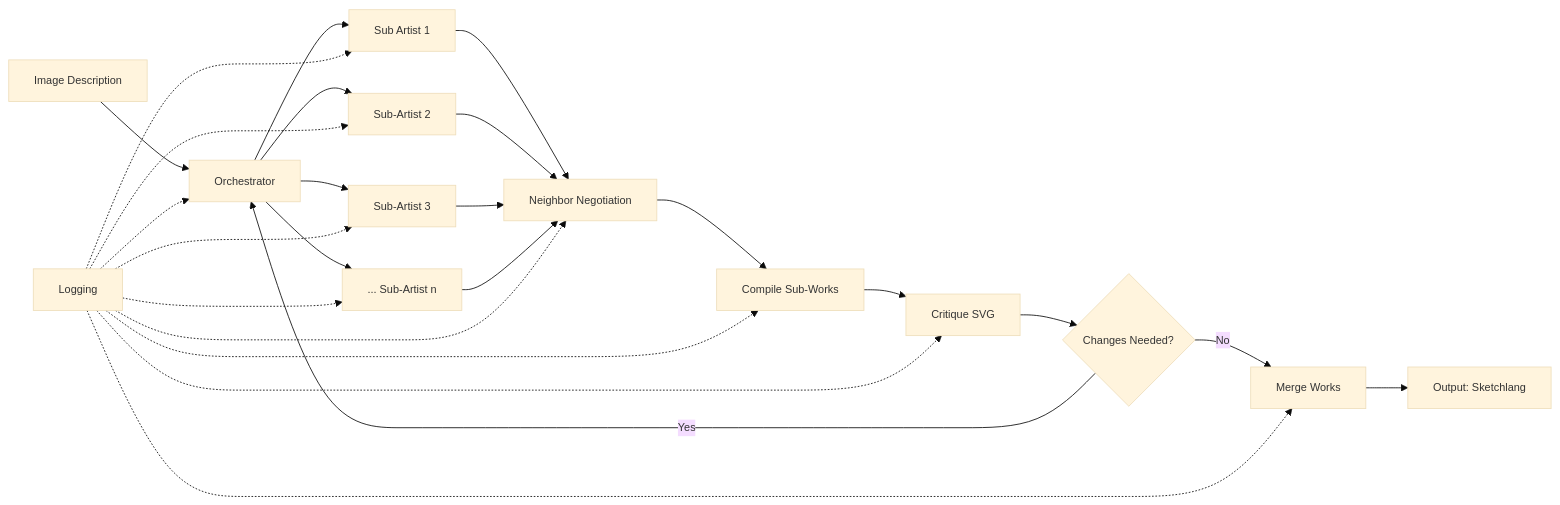
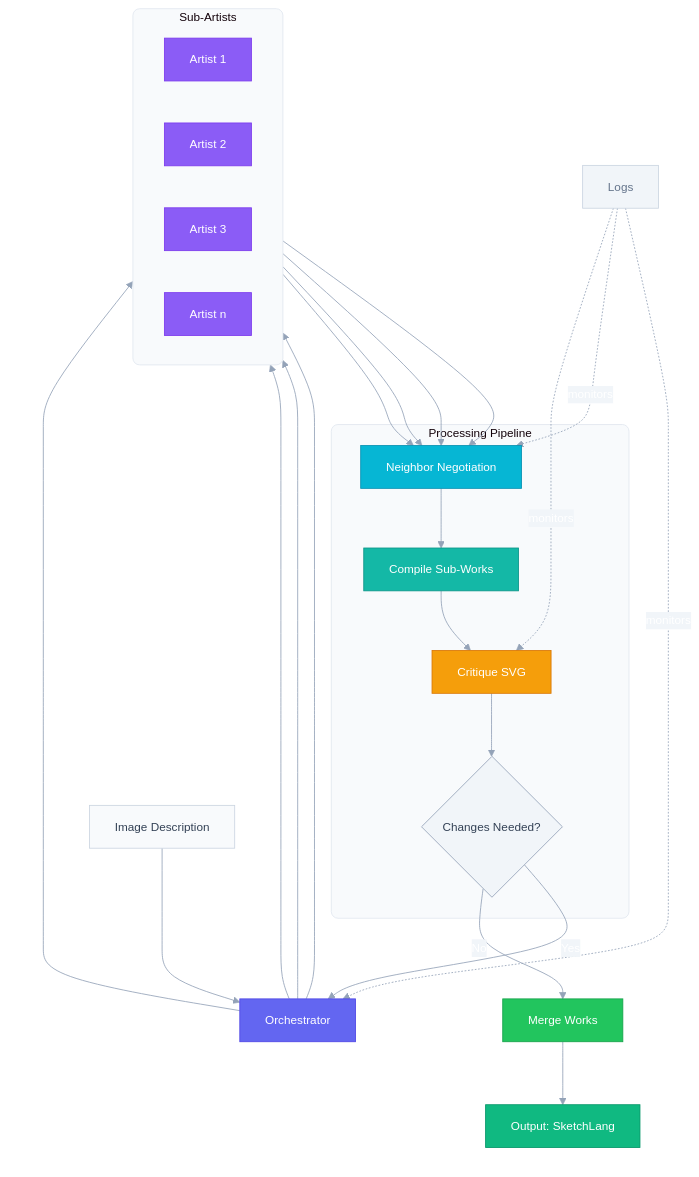
Before and after one commit to TheMaslowsDilemma/sketchthis-studio: the diagram in README.md, drawn with Mermaid.

Commit message:
please look better

````diff
--- a/README.md
+++ b/README.md
@@ -20,20 +20,82 @@
 ```mermaid
-%%{init: {'theme': 'base', 'themeVariables': { 'fontSize': '13px', 'fontFamily': 'Inter'}}}%%
-flowchart LR
-    A[Image Description] --> B[ Orchestrator ]
-    B --> C1[ Sub Artist 1]
-    B --> C2[ Sub-Artist 2 ]
-    B --> C3[ Sub-Artist 3 ]
-    B --> Cn[... Sub-Artist n ]
-    C1 --> D[ Neighbor Negotiation ]
-    C2 --> D
-    C3 --> D
-    Cn --> D
-    D --> E[ Compile Sub-Works ]
-    E --> F[ Critique SVG ]
-    F --> G{ Changes Needed? }
+%%{init: {
+  'theme': 'base',
+  'themeVariables': {
+    'fontSize': '14px',
+    'fontFamily': 'Inter, sans-serif',
+    'primaryColor': '#6366f1',
+    'primaryTextColor': '#ffffff',
+    'primaryBorderColor': '#4f46e5',
+    'secondaryColor': '#f1f5f9',
+    'secondaryTextColor': '#334155',
+    'tertiaryColor': '#ecfdf5',
+    'lineColor': '#94a3b8',
+    'textColor': '#334155'
+  }
+}}%%
+
+flowchart TB
+    subgraph input [" "]
+        A[Image Description]
+    end
+
+    subgraph orchestration [" "]
+        B[Orchestrator]
+    end
+
+    subgraph artists ["  Sub-Artists  "]
+        direction LR
+        C1[Artist 1]
+        C2[Artist 2]
+        C3[Artist 3]
+        Cn[Artist n]
+    end
+
+    subgraph processing ["  Processing Pipeline  "]
+        D["  Neighbor Negotiation  "]
+        E["  Compile Sub-Works  "]
+        F["  Critique SVG   "]
+        G{"  Changes Needed?  "}
+    end
+
+    subgraph output [" "]
+        H["  Merge Works  "]
+        I["  Output: SketchLang  "]
+    end
+
+    J[Logs]
+
+    A --> B
+    B --> C1 & C2 & C3 & Cn
+    C1 & C2 & C3 & Cn --> D
+    D --> E
+    E --> F
+    F --> G
     G -->|Yes| B
-    G -->|No| H[ Merge Works ]
-    H --> I[ Output: Sketchlang ]
-    J[ Logging ] -.-> B & C1 & C2 & C3 & Cn & D & E & F & H
+    G -->|No| H
+    H --> I
+
+    J -.->|monitors| B
+    J -.->|monitors| D
+    J -.->|monitors| F
+
+    style A fill:#f8fafc,stroke:#cbd5e1,color:#334155
+    style B fill:#6366f1,stroke:#4f46e5,color:#ffffff
+    style C1 fill:#8b5cf6,stroke:#7c3aed,color:#ffffff
+    style C2 fill:#8b5cf6,stroke:#7c3aed,color:#ffffff
+    style C3 fill:#8b5cf6,stroke:#7c3aed,color:#ffffff
+    style Cn fill:#8b5cf6,stroke:#7c3aed,color:#ffffff
+    style D fill:#06b6d4,stroke:#0891b2,color:#ffffff
+    style E fill:#14b8a6,stroke:#0d9488,color:#ffffff
+    style F fill:#f59e0b,stroke:#d97706,color:#ffffff
+    style G fill:#f1f5f9,stroke:#94a3b8,color:#334155
+    style H fill:#22c55e,stroke:#16a34a,color:#ffffff
+    style I fill:#10b981,stroke:#059669,color:#ffffff
+    style J fill:#f1f5f9,stroke:#cbd5e1,color:#64748b
+
+    style input fill:transparent,stroke:transparent
+    style orchestration fill:transparent,stroke:transparent
+    style artists fill:#f8fafc,stroke:#e2e8f0,stroke-width:1px,rx:8
+    style processing fill:#f8fafc,stroke:#e2e8f0,stroke-width:1px,rx:8
+    style output fill:transparent,stroke:transparent
 ```
````
